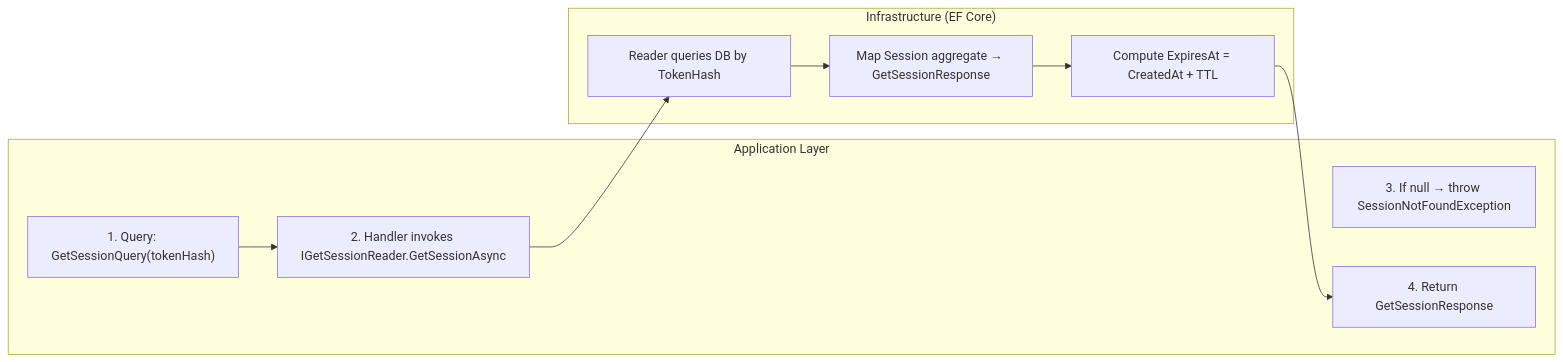
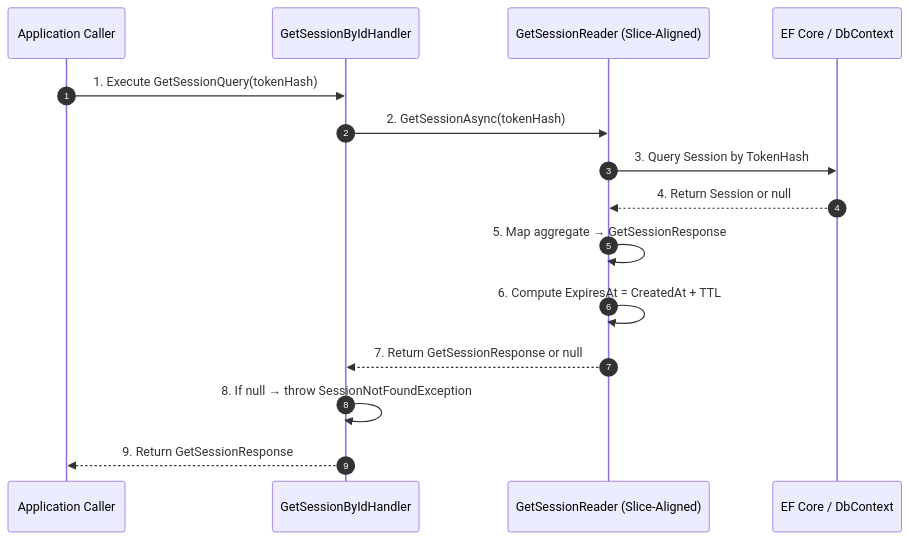
The diagram in docs/Frank/Identity/guides/developer/sessions/get-session/README.md (FrankJHughes/camp-fit-fur-dogs), drawn with Mermaid before and after one commit. The commit also changed other lines of this file and 20 other files, not shown here.

Commit message:
document: use sequence instead of swimlane diagrams and add the top level developer guide for frank identity

````diff
--- a/docs/Frank/Identity/guides/developer/sessions/get-session/README.md
+++ b/docs/Frank/Identity/guides/developer/sessions/get-session/README.md
@@ -18,19 +18,22 @@
 ```mermaid
-flowchart LR
-    %% Lanes
-    subgraph APP["Application Layer"]
-        A1["1. Query: GetSessionQuery(tokenHash)"]
-        A2["2. Handler invokes IGetSessionReader.GetSessionAsync"]
-        A3["3. If null → throw SessionNotFoundException"]
-        A4["4. Return GetSessionResponse"]
-    end
+sequenceDiagram
+    autonumber
 
-    subgraph INFRA["Infrastructure (EF Core)"]
-        I1["Reader queries DB by TokenHash"]
-        I2["Map Session aggregate → GetSessionResponse"]
-        I3["Compute ExpiresAt = CreatedAt + TTL"]
-    end
+    participant CALLER as Application Caller
+    participant HANDLER as GetSessionByIdHandler
+    participant READER as GetSessionReader (Slice-Aligned)
+    participant EF as EF Core / DbContext
 
-    %% Flow
-    A1 --> A2 --> I1 --> I2 --> I3 --> A4
+    CALLER->>HANDLER: 1. Execute GetSessionQuery(tokenHash)
+
+    HANDLER->>READER: 2. GetSessionAsync(tokenHash)
+    READER->>EF: 3. Query Session by TokenHash
+    EF-->>READER: 4. Return Session or null
+
+    READER->>READER: 5. Map aggregate → GetSessionResponse
+    READER->>READER: 6. Compute ExpiresAt = CreatedAt + TTL
+    READER-->>HANDLER: 7. Return GetSessionResponse or null
+
+    HANDLER->>HANDLER: 8. If null → throw SessionNotFoundException
+    HANDLER-->>CALLER: 9. Return GetSessionResponse
 ```
````
